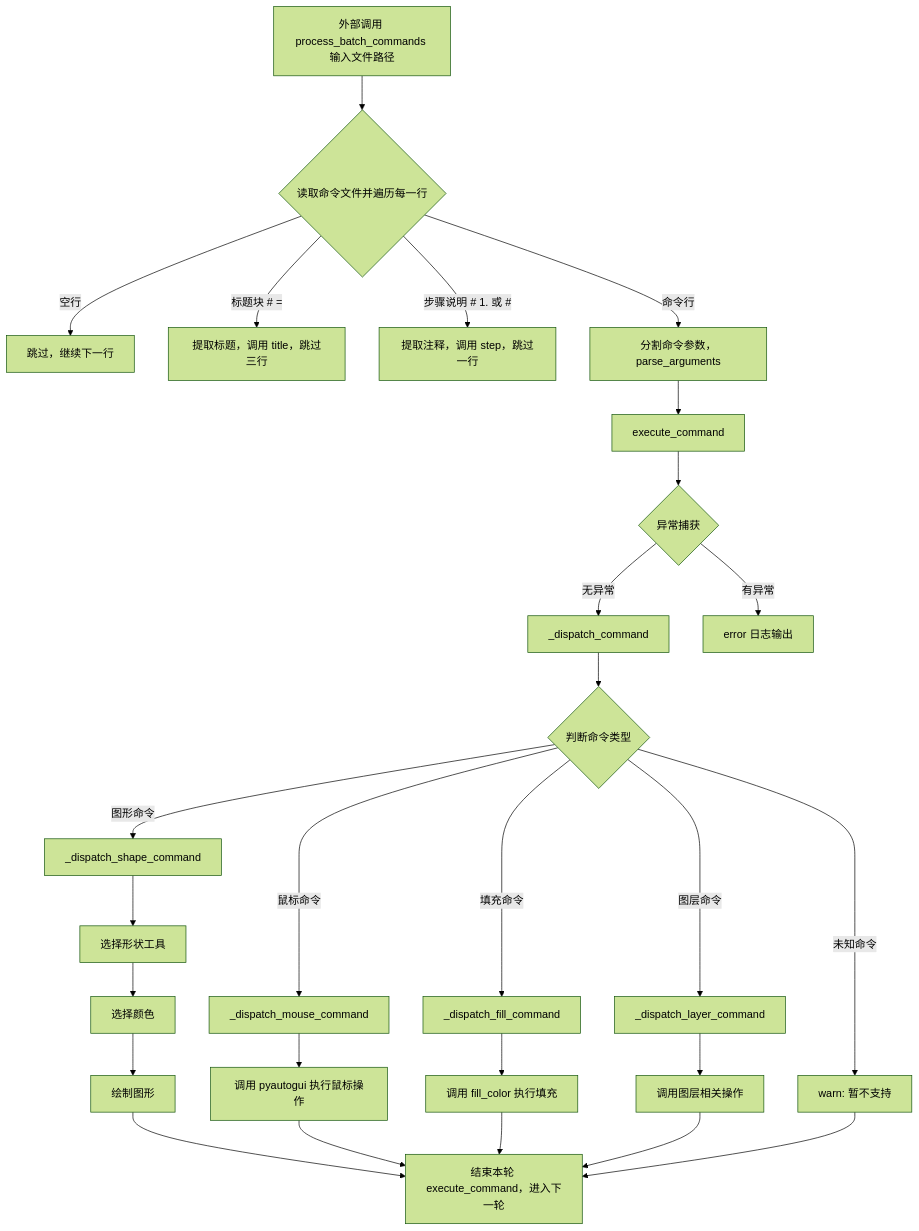
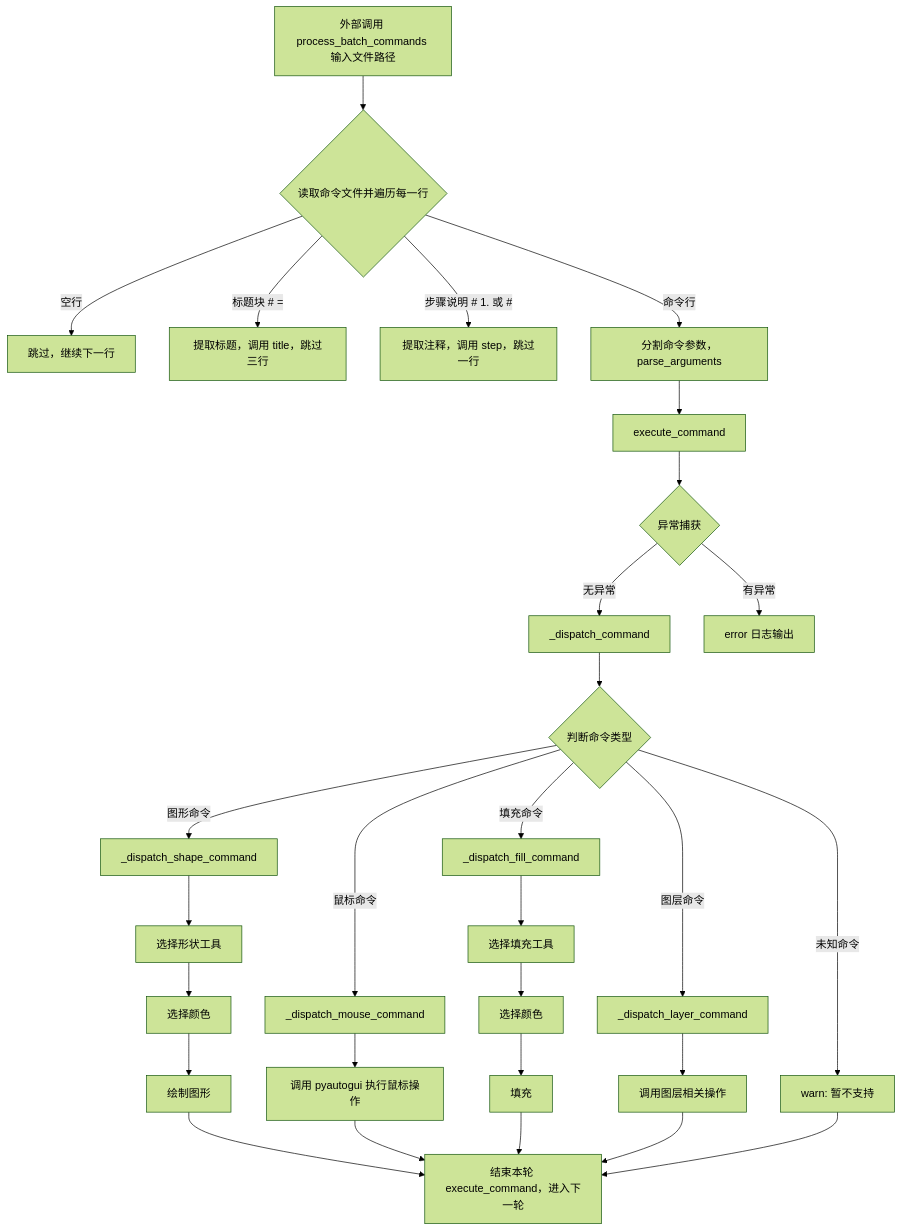
One commit to buaa23371212/ThePainter changed the diagram in document/流程图.md. Above: the diagram before and after it, drawn with Mermaid (forest theme).

Commit message:
update flowchart

````diff
--- a/document/流程图.md
+++ b/document/流程图.md
@@ -1,29 +1,34 @@
 ```mermaid
 flowchart TD
     A[外部调用 process_batch_commands 输入文件路径 ] --> B{读取命令文件并遍历每一行}
     B --> |空行| C[跳过，继续下一行]
     B --> |标题块 # = | D[提取标题，调用 title，跳过三行]
     B --> |步骤说明 # 1. 或 # | E[提取注释，调用 step，跳过一行]
     B --> |命令行| F[分割命令参数，parse_arguments]
     F --> G[execute_command]
     G --> H{异常捕获}
     H --> |无异常| I[_dispatch_command]
     H --> |有异常| J[error 日志输出]
     I --> K{判断命令类型}
     K --> |图形命令| L[_dispatch_shape_command]
     K --> |填充命令| M[_dispatch_fill_command]
     K --> |鼠标命令| N[_dispatch_mouse_command]
     K --> |图层命令| O[_dispatch_layer_command]
     K --> |未知命令| P[warn: 暂不支持]
     N --> Q[调用 pyautogui 执行鼠标操作]
-    L --> R[选择形状工具]
-    R --> V[选择颜色]
-    V --> W[绘制图形]
-    M --> S[调用 fill_color 执行填充]
+
+    L --> R1[选择形状工具]
+    R1 --> R2[选择颜色]
+    R2 --> R3[绘制图形]
+
+    M --> S1[选择填充工具]
+    S1 --> S2[选择颜色]
+    S2 --> S3[填充]
+
     O --> T[调用图层相关操作]
-    W --> U[结束本轮 execute_command，进入下一轮]
+    R3 --> U[结束本轮 execute_command，进入下一轮]
     Q --> U
-    S --> U
+    S3 --> U
     T --> U
     P --> U
 ```
````
